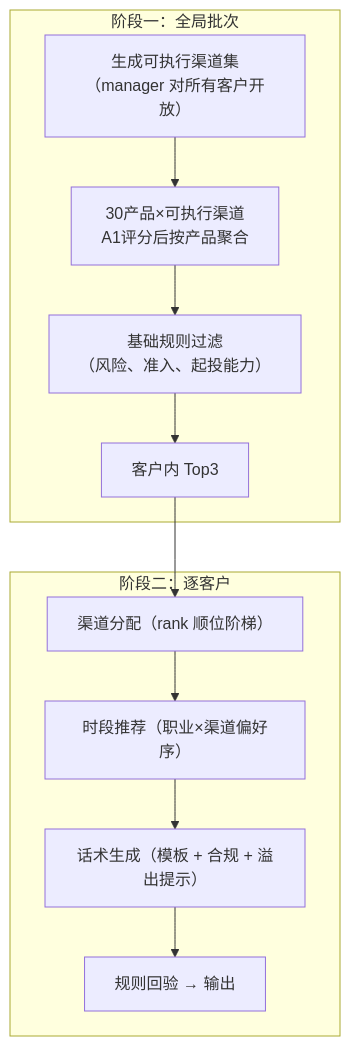
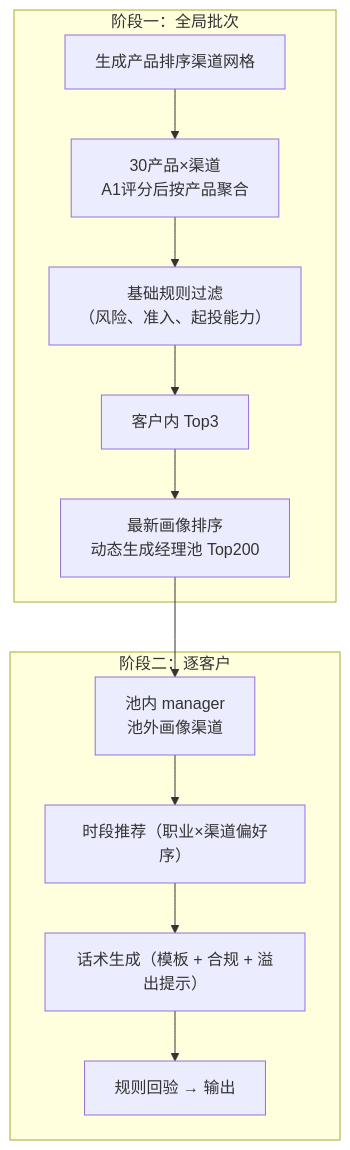
One commit to cpyh/touchCIB changed the diagram in src/docs/sdd-marketing.md. Above: the diagram before and after it, drawn with Mermaid. The commit also changed other lines of this file and 22 other files, not shown here.

````diff
--- a/src/docs/sdd-marketing.md
+++ b/src/docs/sdd-marketing.md
@@ -62,12 +63,13 @@
 ```mermaid
 flowchart TB
     subgraph BATCH["阶段一：全局批次"]
-        S1["生成可执行渠道集<br/>（manager 对所有客户开放）"] --> S2["30产品×可执行渠道<br/>A1评分后按产品聚合"]
+        S1["生成产品排序渠道网格"] --> S2["30产品×渠道<br/>A1评分后按产品聚合"]
         S2 --> S3["基础规则过滤<br/>（风险、准入、起投能力）"]
         S3 --> S4["客户内 Top3"]
+        S4 --> S5["最新画像排序<br/>动态生成经理池 Top200"]
     end
     subgraph PER["阶段二：逐客户"]
-        S4 --> T1["渠道分配（rank 顺位阶梯）"] --> T2["时段推荐（职业×渠道偏好序）"]
+        S5 --> T1["池内 manager<br/>池外画像渠道"] --> T2["时段推荐（职业×渠道偏好序）"]
         T2 --> T3["话术生成（模板 + 合规 + 溢出提示）"] --> T4["规则回验 → 输出"]
     end
 ```
````
